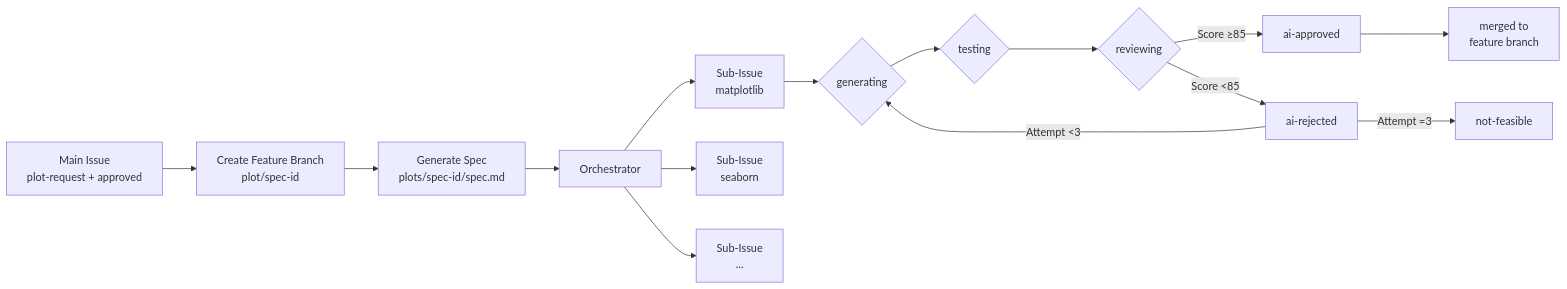
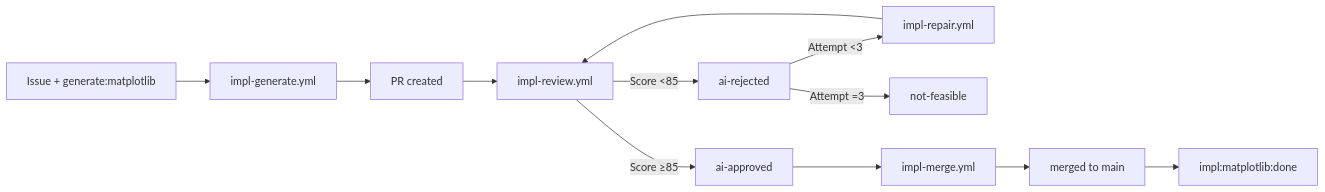
Before and after one commit to MarkusNeusinger/pyplots: the second of 3 diagrams in docs/workflow.md, drawn with Mermaid. The commit also changed other lines of this file and 130 other files, not shown here.

First line of the commit message:
feat: redesign workflows with decoupled spec/impl architecture

````diff
--- a/docs/workflow.md
+++ b/docs/workflow.md
@@ -196,18 +213,14 @@
 ```mermaid
 graph LR
-    A[Main Issue<br/>plot-request + approved] --> A1[Create Feature Branch<br/>plot/spec-id]
-    A1 --> A2[Generate Spec<br/>plots/spec-id/spec.md]
-    A2 --> B[Orchestrator]
-    B --> C1[Sub-Issue<br/>matplotlib]
-    B --> C2[Sub-Issue<br/>seaborn]
-    B --> C3[Sub-Issue<br/>...]
-
-    C1 --> D1{generating}
-    D1 --> E1{testing}
-    E1 --> F1{reviewing}
-    F1 -->|Score ≥85| G1[ai-approved]
-    F1 -->|Score <85| H1[ai-rejected]
-    H1 -->|Attempt <3| D1
-    H1 -->|Attempt =3| I1[not-feasible]
-    G1 --> J1[merged to<br/>feature branch]
+    A[Issue + generate:matplotlib] --> B[impl-generate.yml]
+    B --> C[PR created]
+    C --> D[impl-review.yml]
+    D -->|Score ≥85| E[ai-approved]
+    D -->|Score <85| F[ai-rejected]
+    F -->|Attempt <3| G[impl-repair.yml]
+    G --> D
+    F -->|Attempt =3| H[not-feasible]
+    E --> I[impl-merge.yml]
+    I --> J[merged to main]
+    J --> K[impl:matplotlib:done]
 ```
````
